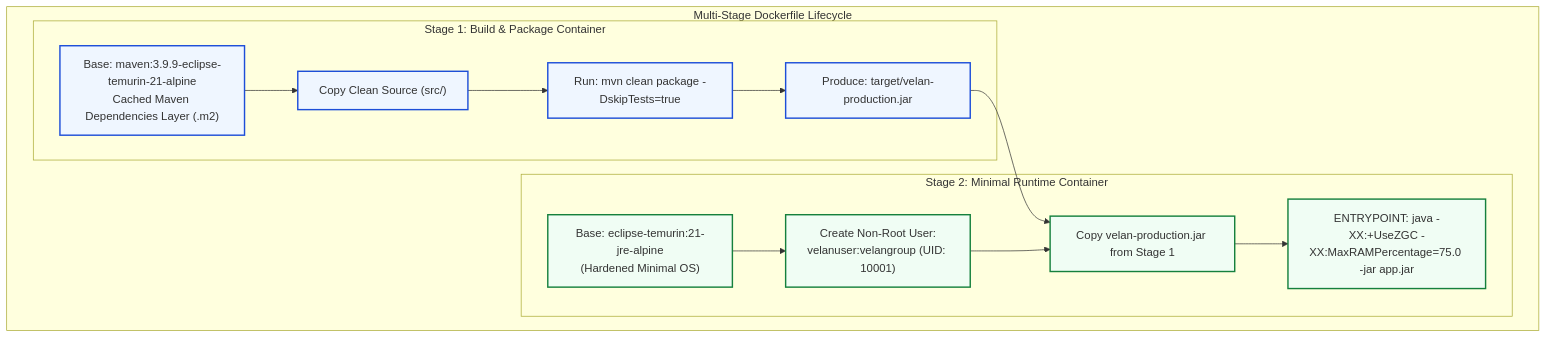
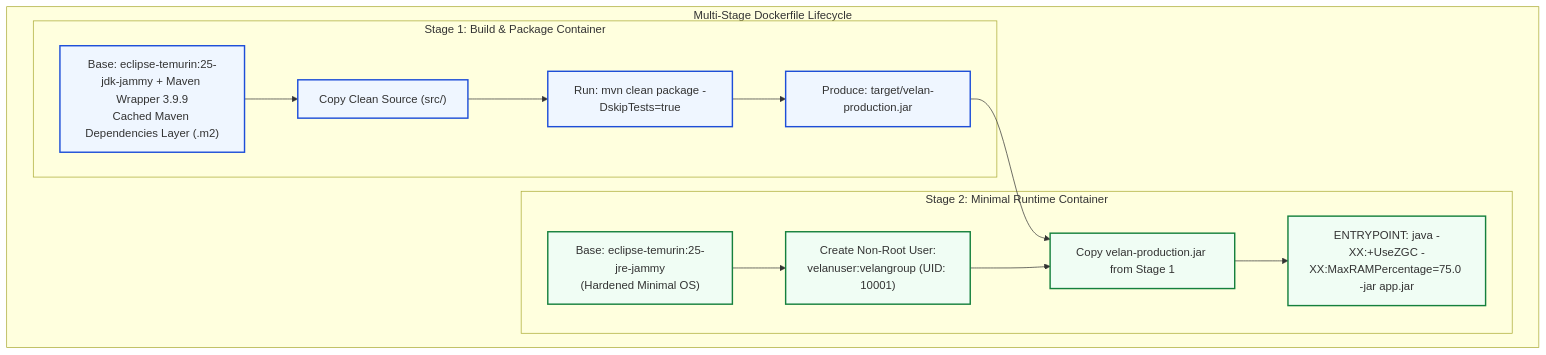
The diagram in docs/phase-3/3.1-technology-specification/04-dependency-and-build-policy.md (poairtronic/velan-production), drawn with Mermaid before and after one commit. The commit also changed other lines of this file and 38 other files, not shown here.

````diff
--- a/docs/phase-3/3.1-technology-specification/04-dependency-and-build-policy.md
+++ b/docs/phase-3/3.1-technology-specification/04-dependency-and-build-policy.md
@@ -63,28 +63,28 @@
 ```mermaid
 flowchart TD
     subgraph MultiStageBuild ["Multi-Stage Dockerfile Lifecycle"]
         subgraph Stage1 ["Stage 1: Build & Package Container"]
-            JDK_BUILD["Base: maven:3.9.9-eclipse-temurin-21-alpine<br/>Cached Maven Dependencies Layer (.m2)"]
+            JDK_BUILD["Base: eclipse-temurin:25-jdk-jammy + Maven Wrapper 3.9.9<br/>Cached Maven Dependencies Layer (.m2)"]
             SRC["Copy Clean Source (src/)"]
             COMPILE["Run: mvn clean package -DskipTests=true"]
             JAR["Produce: target/velan-production.jar"]
         end
 
         subgraph Stage2 ["Stage 2: Minimal Runtime Container"]
-            JRE_RUN["Base: eclipse-temurin:21-jre-alpine<br/>(Hardened Minimal OS)"]
+            JRE_RUN["Base: eclipse-temurin:25-jre-jammy<br/>(Hardened Minimal OS)"]
             NON_ROOT["Create Non-Root User:<br/>velanuser:velangroup (UID: 10001)"]
             COPY_JAR["Copy velan-production.jar from Stage 1"]
             ENTRYPOINT["ENTRYPOINT: java -XX:+UseZGC -XX:MaxRAMPercentage=75.0 -jar app.jar"]
         end
     end
 
     JDK_BUILD --> SRC --> COMPILE --> JAR
     JAR --> COPY_JAR
     JRE_RUN --> NON_ROOT --> COPY_JAR --> ENTRYPOINT
 
     classDef stage1 fill:#eff6ff,stroke:#1d4ed8,stroke-width:2px;
     classDef stage2 fill:#f0fdf4,stroke:#15803d,stroke-width:2px;
 
     class JDK_BUILD,SRC,COMPILE,JAR stage1;
     class JRE_RUN,NON_ROOT,COPY_JAR,ENTRYPOINT stage2;
 ```
````
